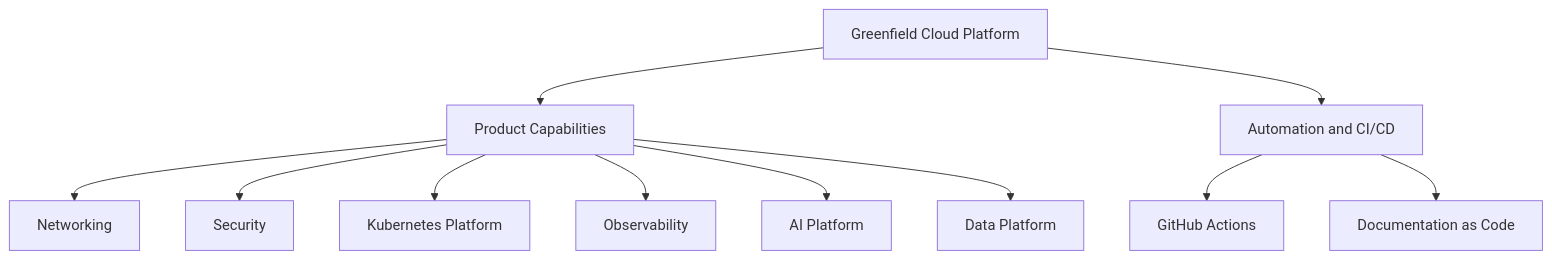
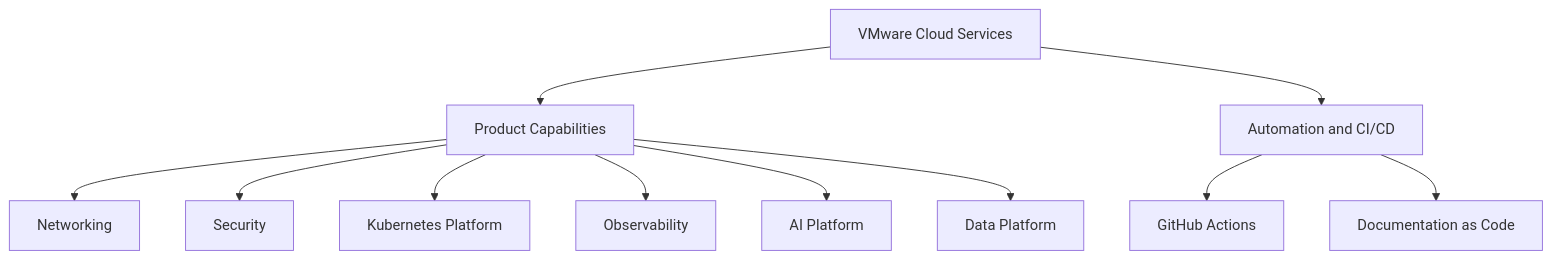
Before and after one commit to jijeeshlearningorg/doc-as-code: the diagram in docs/02-Architecture-and-Designs/01-High-Level-Designs/greenfield-cloud-platform-hld.md, drawn with Mermaid. The commit also changed other lines of this file and 5 other files, not shown here.

Commit message:
Generate product-centric architecture documentation

````diff
--- a/docs/02-Architecture-and-Designs/01-High-Level-Designs/greenfield-cloud-platform-hld.md
+++ b/docs/02-Architecture-and-Designs/01-High-Level-Designs/greenfield-cloud-platform-hld.md
@@ -116,13 +165,13 @@
 ```mermaid
 graph TD
-    Product[Greenfield Cloud Platform] --> Capabilities[Product Capabilities]
+    Product[VMware Cloud Services] --> Capabilities[Product Capabilities]
     Capabilities --> Networking[Networking]
     Capabilities --> Security[Security]
     Capabilities --> Kubernetes[Kubernetes Platform]
     Capabilities --> Observability[Observability]
     Capabilities --> AIPlatform[AI Platform]
     Capabilities --> DataPlatform[Data Platform]
     Product --> Automation[Automation and CI/CD]
     Automation --> GitHub[GitHub Actions]
     Automation --> Docs[Documentation as Code]
 ```
````
